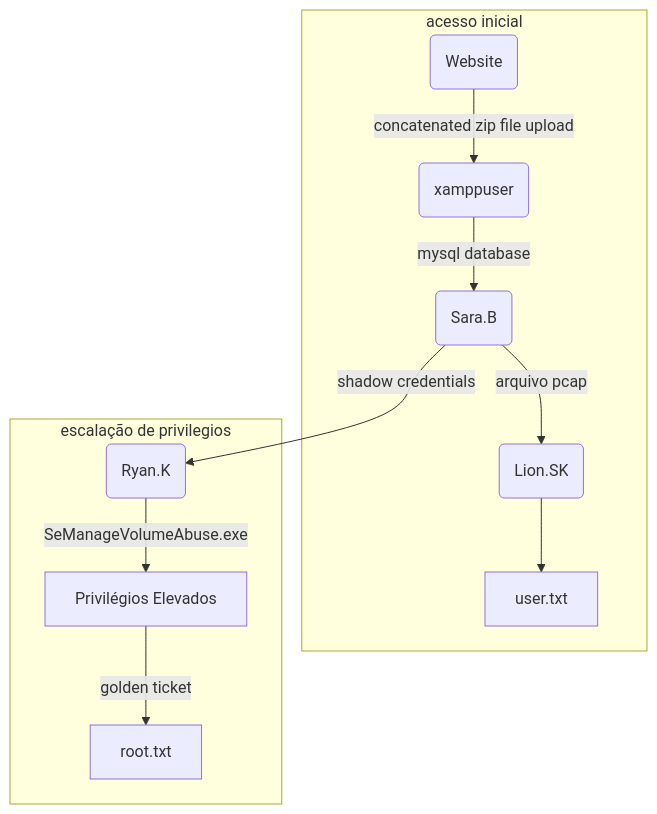
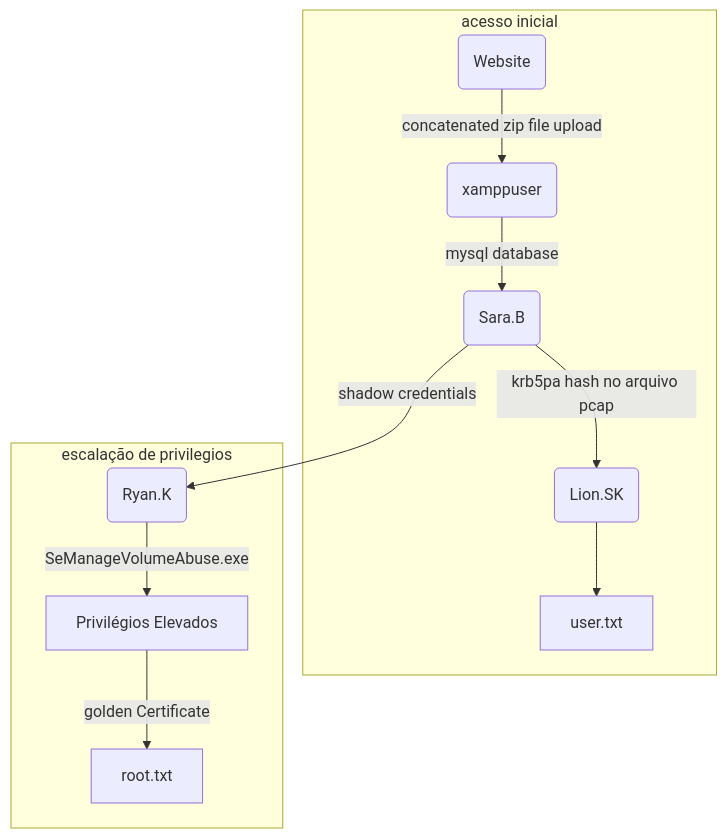
One commit to Pre4ch3r/Hacking changed the diagram in content/CTF/Hackthebox/Certificate/Certificate HTB Write-up.md. Above: the diagram before and after it, drawn with Mermaid. The commit also changed other lines of this file, not shown here.

Commit message:
Certificate writeup pronto para publicar em pt-BR

````diff
--- a/content/CTF/Hackthebox/Certificate/Certificate HTB Write-up.md
+++ b/content/CTF/Hackthebox/Certificate/Certificate HTB Write-up.md
@@ -465,14 +495,14 @@
 ```mermaid
 flowchart TD
 	subgraph acesso inicial
     A(Website) -->|concatenated zip file upload| B(xamppuser) 
     B -->|mysql database| C(Sara.B)
-    C -->|arquivo pcap| D(Lion.SK)
+    C -->|krb5pa hash no arquivo pcap| D(Lion.SK)
     D --> E[user.txt]
     end
     subgraph escalação de privilegios
     C -->|shadow credentials| F(Ryan.K)
     F -->|SeManageVolumeAbuse.exe| G[Privilégios Elevados]
-    G -->|golden ticket| H[root.txt]
+    G -->|golden Certificate| H[root.txt]
     end
 ```
````
